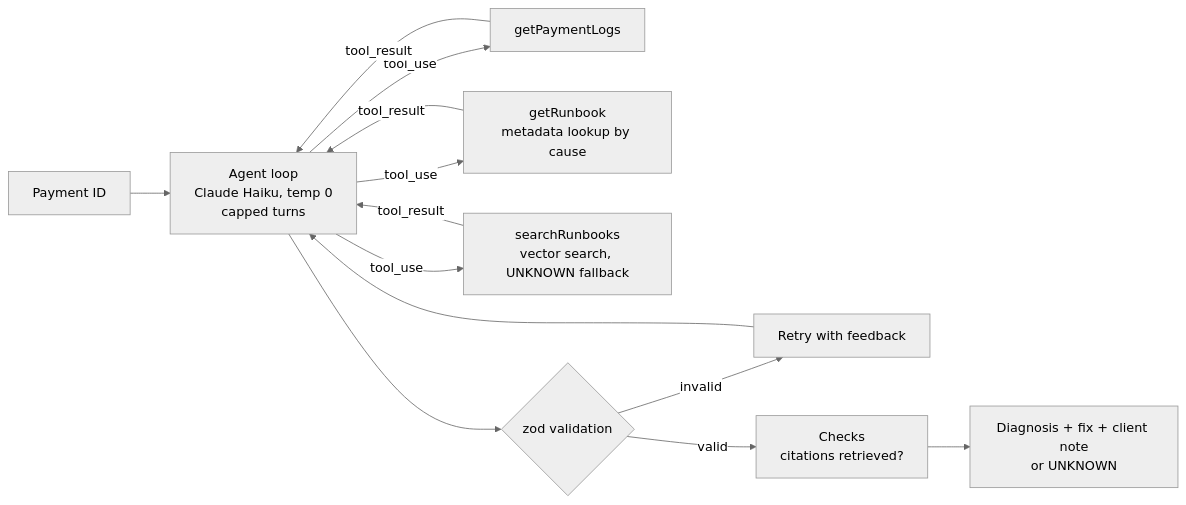
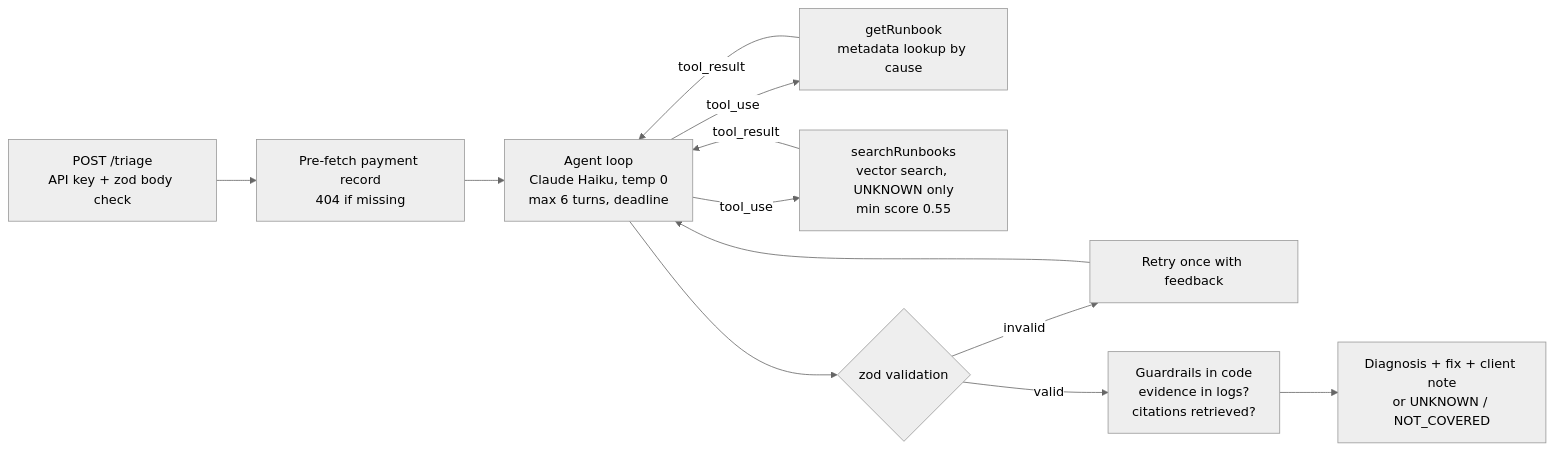
One commit to sinhaa-aankit/payment-rca-agent changed the diagram in README.md. Above: the diagram before and after it, drawn with Mermaid (neutral theme). The commit also changed other lines of this file, not shown here.

````diff
--- a/README.md
+++ b/README.md
@@ -57,15 +59,14 @@
 ```mermaid
 flowchart LR
-    A[Payment ID] --> B[Agent loop<br/>Claude Haiku, temp 0<br/>capped turns]
-    B -->|tool_use| C[getPaymentLogs]
+    A[POST /triage<br/>API key + zod body check] --> P[Pre-fetch payment record<br/>404 if missing]
+    P --> B[Agent loop<br/>Claude Haiku, temp 0<br/>max 6 turns, deadline]
     B -->|tool_use| D[getRunbook<br/>metadata lookup by cause]
-    B -->|tool_use| E[searchRunbooks<br/>vector search, UNKNOWN fallback]
-    C -->|tool_result| B
+    B -->|tool_use| E[searchRunbooks<br/>vector search, UNKNOWN only<br/>min score 0.55]
     D -->|tool_result| B
     E -->|tool_result| B
     B --> F{zod validation}
-    F -->|invalid| G[Retry with feedback]
+    F -->|invalid| G[Retry once with feedback]
     G --> B
-    F -->|valid| H[Checks<br/>citations retrieved?]
-    H --> I[Diagnosis + fix + client note<br/>or UNKNOWN]
+    F -->|valid| H[Guardrails in code<br/>evidence in logs?<br/>citations retrieved?]
+    H --> I[Diagnosis + fix + client note<br/>or UNKNOWN / NOT_COVERED]
 ```
````
